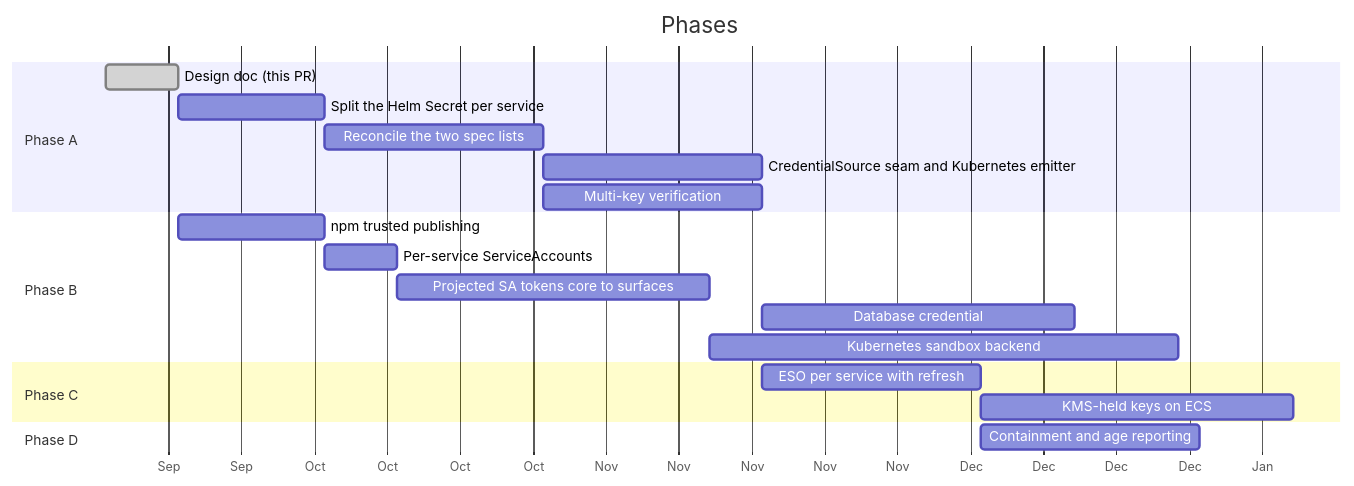
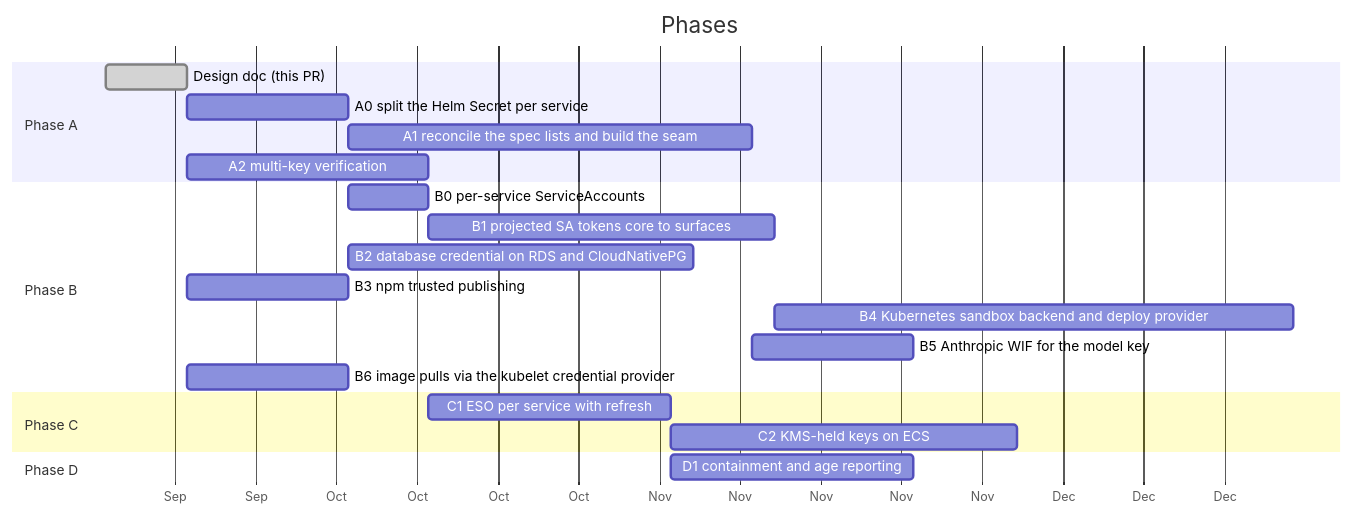
The fifth of 5 diagrams in deploy/layers/agentsky/docs/secretless.md (agentsky/qm), drawn with Mermaid before and after one commit. The commit also changed other lines of this file and 1 other file, not shown here.

````diff
--- a/deploy/layers/agentsky/docs/secretless.md
+++ b/deploy/layers/agentsky/docs/secretless.md
@@ -554,23 +651,24 @@
 ```mermaid
 gantt
   title Phases
   dateFormat YYYY-MM-DD
   axisFormat %b
   section Phase A
   Design doc (this PR)          :done, d1, 2026-09-14, 7d
-  Split the Helm Secret per service :a0, after d1, 14d
-  Reconcile the two spec lists  :a1, after a0, 21d
-  CredentialSource seam and Kubernetes emitter :a2, after a1, 21d
-  Multi-key verification        :a3, after a1, 21d
+  A0 split the Helm Secret per service :a0, after d1, 14d
+  A1 reconcile the spec lists and build the seam :a1, after a0, 35d
+  A2 multi-key verification     :a2, after d1, 21d
   section Phase B
-  npm trusted publishing        :b3, after d1, 14d
-  Per-service ServiceAccounts   :b0, after a0, 7d
-  Projected SA tokens core to surfaces :b1, after b0, 30d
-  Database credential           :b2, after a3, 30d
-  Kubernetes sandbox backend    :b4, after b1, 45d
+  B0 per-service ServiceAccounts :b0, after a0, 7d
+  B1 projected SA tokens core to surfaces :b1, after b0, 30d
+  B2 database credential on RDS and CloudNativePG :b2, after a0, 30d
+  B3 npm trusted publishing     :b3, after d1, 14d
+  B4 Kubernetes sandbox backend and deploy provider :b4, after b1, 45d
+  B5 Anthropic WIF for the model key :b5, after a1, 14d
+  B6 image pulls via the kubelet credential provider :b6, after d1, 14d
   section Phase C
-  ESO per service with refresh  :c1, after a3, 21d
-  KMS-held keys on ECS          :c2, after c1, 30d
+  C1 ESO per service with refresh :c1, after a2, 21d
+  C2 KMS-held keys on ECS       :c2, after c1, 30d
   section Phase D
-  Containment and age reporting :e1, after c1, 21d
+  D1 containment and age reporting :e1, after c1, 21d
 ```
````
